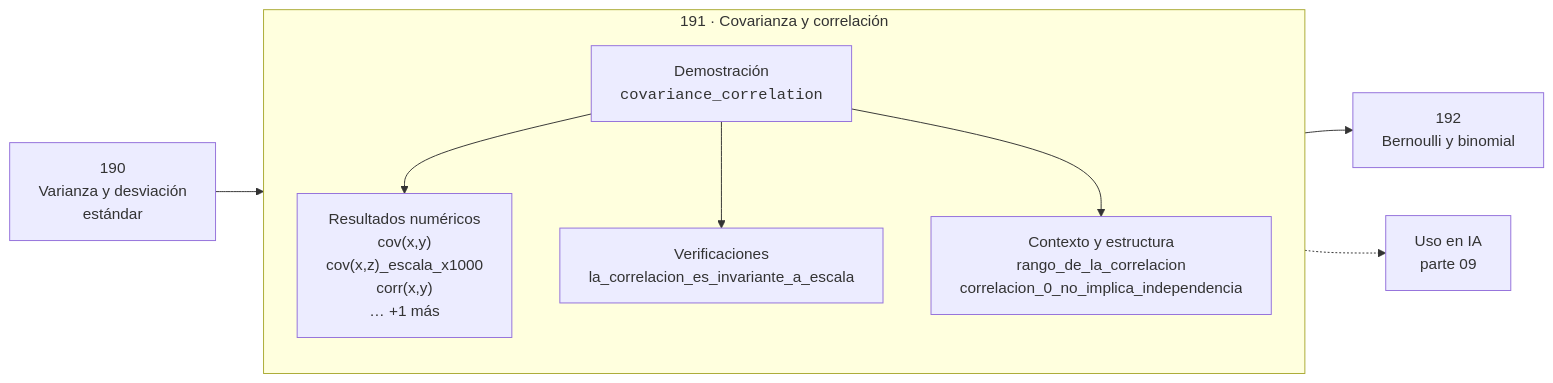
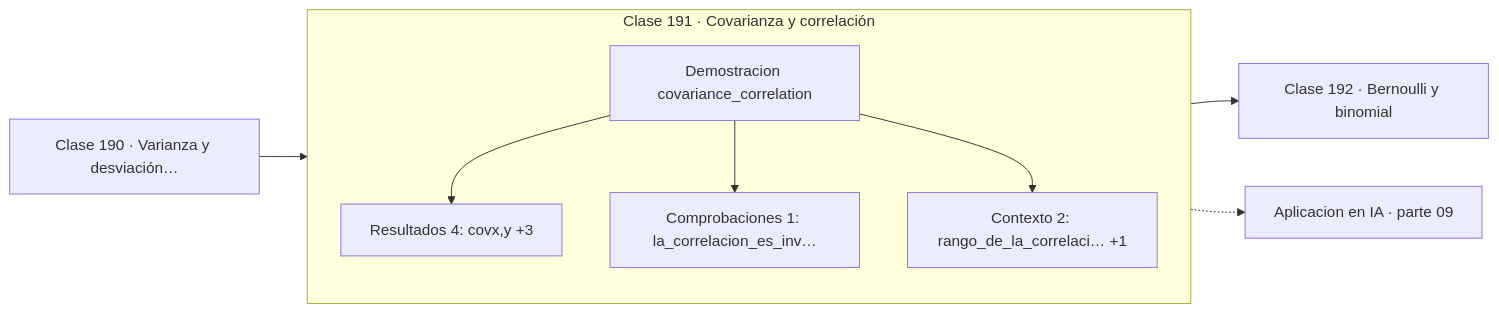
One commit to vladimiracunadev-create/computational-mathematics-program changed the diagram in classes/part-09-probabilidad-y-procesos-aleatorios/191-covarianza-y-correlacion/README.md. Above: the diagram before and after it, drawn with Mermaid. The commit also changed 389 other files, not shown here.

First line of the commit message:
fix(diagramas): elimina el HTML de las etiquetas Mermaid

````diff
--- a/classes/part-09-probabilidad-y-procesos-aleatorios/191-covarianza-y-correlacion/README.md
+++ b/classes/part-09-probabilidad-y-procesos-aleatorios/191-covarianza-y-correlacion/README.md
@@ -30,12 +30,13 @@
 ```mermaid
 flowchart LR
-    P["190<br/>Varianza y desviación<br/>estándar"] --> C
-    subgraph C["191 · Covarianza y correlación"]
+    P["Clase 190 · Varianza y desviación…"] --> D
+    subgraph CLASE["Clase 191 · Covarianza y correlación"]
         direction TB
-        D["Demostración<br/><code>covariance_correlation</code>"] --> R["Resultados numéricos<br/>cov(x,y)<br/>cov(x,z)_escala_x1000<br/>corr(x,y)<br/>… +1 más"]
-        D --> V["Verificaciones<br/>la_correlacion_es_invariante_a_escala"]
-        D --> O["Contexto y estructura<br/>rango_de_la_correlacion<br/>correlacion_0_no_implica_independencia"]
+        D["Demostracion covariance_correlation"]
+        D --> R["Resultados 4: covx,y +3"]
+        D --> V["Comprobaciones 1: la_correlacion_es_inv…"]
+        D --> O["Contexto 2: rango_de_la_correlaci… +1"]
     end
-    C --> N["192<br/>Bernoulli y binomial"]
-    C -.-> IA["Uso en IA<br/>parte 09"]
+    R --> N["Clase 192 · Bernoulli y binomial"]
+    V -.-> IA["Aplicacion en IA · parte 09"]
 ```
````
